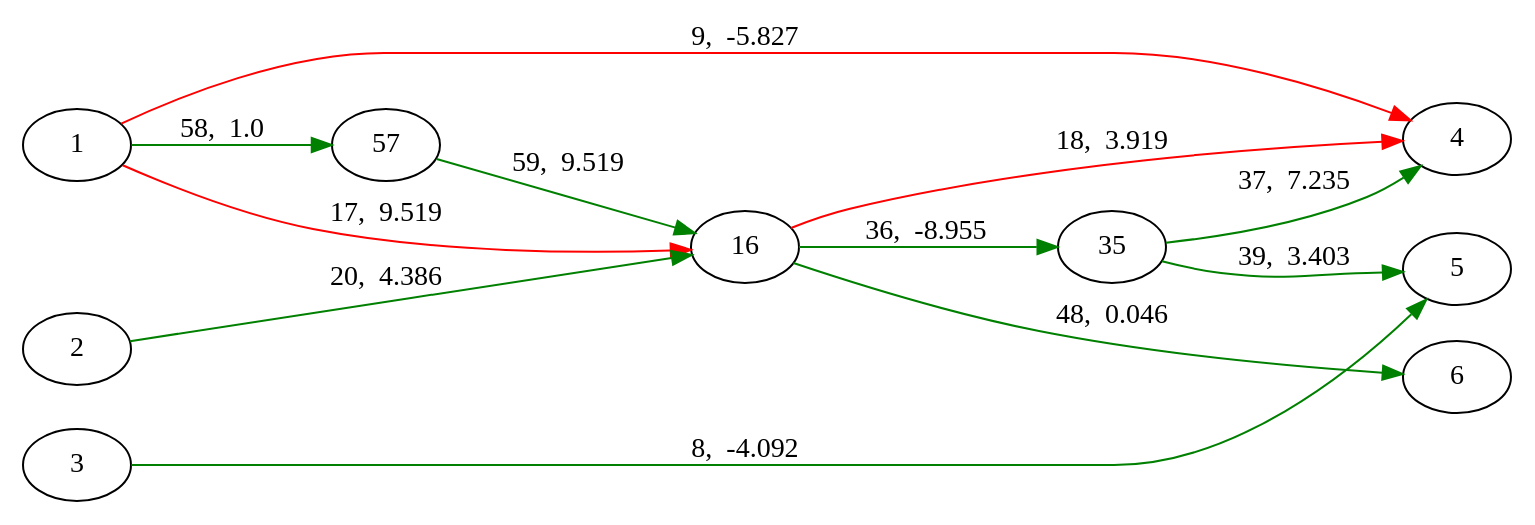
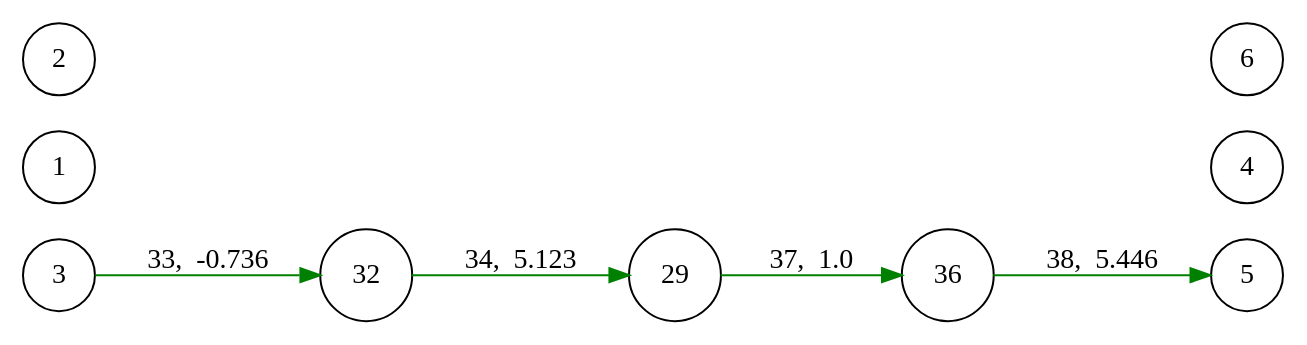
One commit to Rithvik-Reddy-Adapa/NEATJulia changed the diagram in neat_0_4.dot. Above: the diagram before and after it, drawn with Graphviz. The commit also changed 10 other files, not shown here.

```diff
--- a/neat_0_4.dot
+++ b/neat_0_4.dot
@@ -1,19 +1,13 @@
 digraph {
 	rankdir=LR;
-	1->4[color=red,label="9,  -5.827",penwidth=1.0];
-	1->16[color=red,label="17,  9.519",penwidth=1.0];
-	1->57[color=green,label="58,  1.0",penwidth=1.0];
-	2->16[color=green,label="20,  4.386",penwidth=1.0];
-	3->5[color=green,label="8,  -4.092",penwidth=1.0];
+	node [shape=circle];
+	3->32[color=green,label="33,  -0.736",penwidth=1.0];
 	{rank=same; 1, 2, 3}
-	57->16[color=green,label="59,  9.519",penwidth=1.0];
-	{rank=same; 57}
-	16->4[color=red,label="18,  3.919",penwidth=1.0];
-	16->35[color=green,label="36,  -8.955",penwidth=1.0];
-	16->6[color=green,label="48,  0.046",penwidth=1.0];
-	{rank=same; 16}
-	35->4[color=green,label="37,  7.235",penwidth=1.0];
-	35->5[color=green,label="39,  3.403",penwidth=1.0];
-	{rank=same; 35}
+	32->29[color=green,label="34,  5.123",penwidth=1.0];
+	{rank=same; 32}
+	29->36[color=green,label="37,  1.0",penwidth=1.0];
+	{rank=same; 29}
+	36->5[color=green,label="38,  5.446",penwidth=1.0];
+	{rank=same; 36}
 	{rank=same; 4, 5, 6}
 }
```
